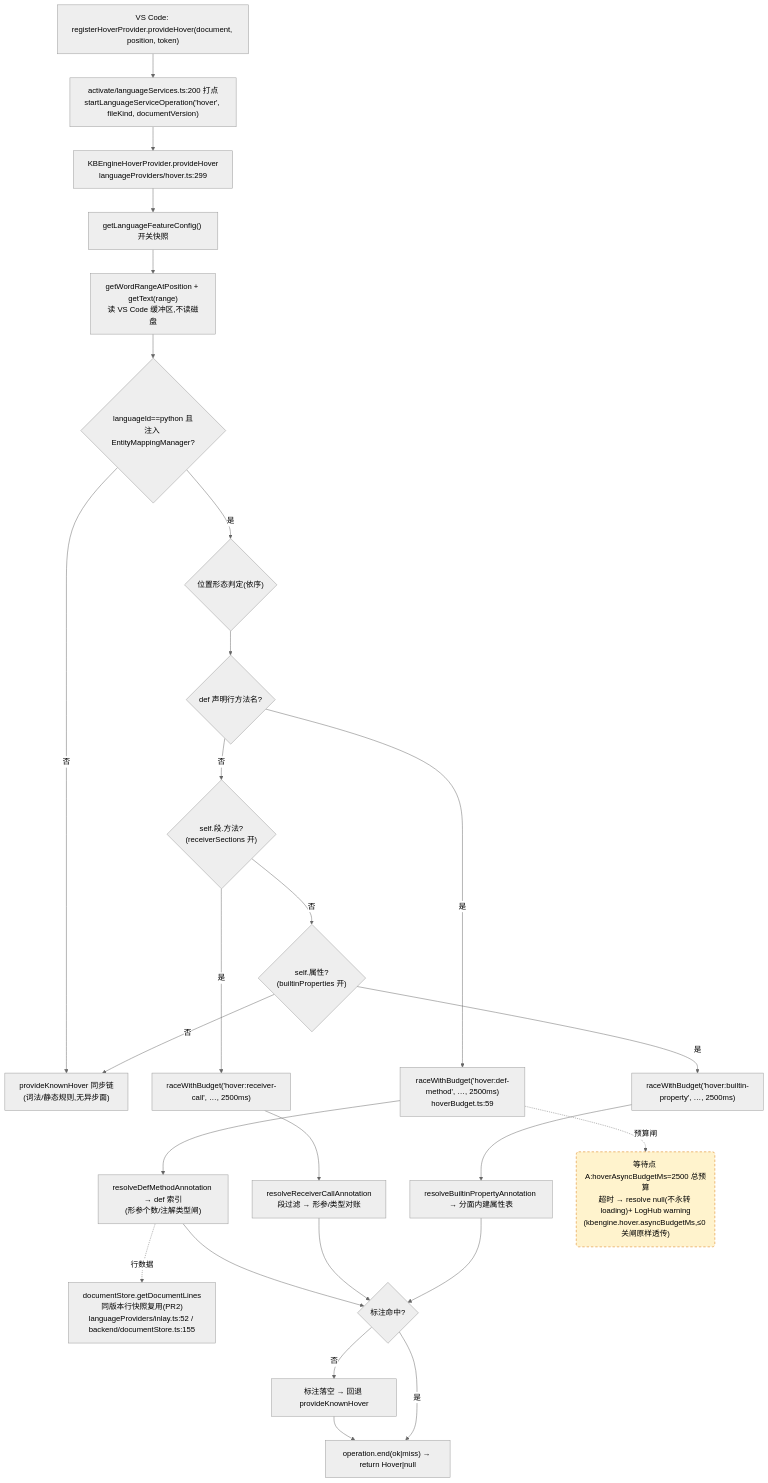
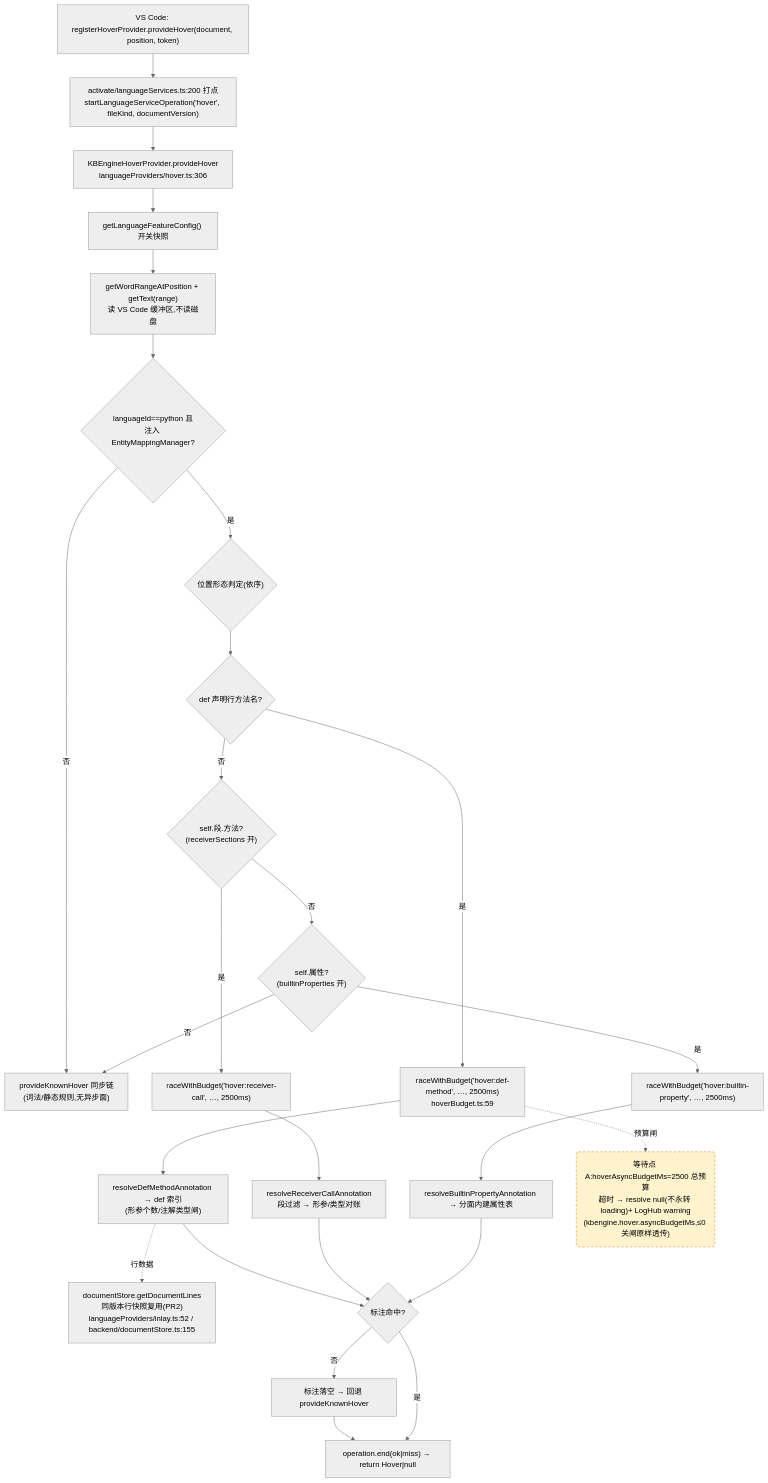
One commit to cuihairu/kode changed the first of 4 diagrams in docs/perf/2026-baseline.md. Above: the diagram before and after it, drawn with Mermaid (neutral theme). The commit also changed other lines of this file and 15 other files, not shown here.

````diff
--- a/docs/perf/2026-baseline.md
+++ b/docs/perf/2026-baseline.md
@@ -84,45 +85,45 @@
 ```mermaid
 flowchart TD
   VC1["VS Code: registerHoverProvider.provideHover(document, position, token)"]
   M1["activate/languageServices.ts:200 打点<br/>startLanguageServiceOperation('hover', fileKind, documentVersion)"]
-  HP["KBEngineHoverProvider.provideHover<br/>languageProviders/hover.ts:299"]
+  HP["KBEngineHoverProvider.provideHover<br/>languageProviders/hover.ts:306"]
   CFG["getLanguageFeatureConfig() 开关快照"]
   WORD["getWordRangeAtPosition + getText(range)<br/>读 VS Code 缓冲区,不读磁盘"]
   BR{"languageId==python 且<br/>注入 EntityMappingManager?"}
   KN["provideKnownHover 同步链<br/>(词法/静态规则,无异步面)"]
   POS{"位置形态判定(依序)"}
   D1{"def 声明行方法名?"}
   D2{"self.段.方法?<br/>(receiverSections 开)"}
   D3{"self.属性?<br/>(builtinProperties 开)"}
   RA1["raceWithBudget('hover:def-method', …, 2500ms)<br/>hoverBudget.ts:59"]
   RA2["raceWithBudget('hover:receiver-call', …, 2500ms)"]
   RA3["raceWithBudget('hover:builtin-property', …, 2500ms)"]
   RS1["resolveDefMethodAnnotation → def 索引<br/>(形参个数/注解类型闸)"]
   RS2["resolveReceiverCallAnnotation<br/>段过滤 → 形参/类型对账"]
   RS3["resolveBuiltinPropertyAnnotation → 分面内建属性表"]
   LINES["documentStore.getDocumentLines<br/>同版本行快照复用(PR2)<br/>languageProviders/inlay.ts:52 / backend/documentStore.ts:155"]
   MISS["标注落空 → 回退 provideKnownHover"]
   END1["operation.end(ok|miss) → return Hover|null"]
 
   VC1 --> M1 --> HP --> CFG --> WORD --> BR
   BR -- "否" --> KN
   BR -- "是" --> POS --> D1
   D1 -- "是" --> RA1 --> RS1
   D1 -- "否" --> D2
   D2 -- "是" --> RA2 --> RS2
   D2 -- "否" --> D3
   D3 -- "是" --> RA3 --> RS3
   D3 -- "否" --> KN
   RS1 --> HIT{"标注命中?"}
   RS2 --> HIT
   RS3 --> HIT
   RS1 -.->|行数据| LINES
   HIT -- "否" --> MISS --> END1
   HIT -- "是" --> END1
 
   WAITA("等待点 A:hoverAsyncBudgetMs=2500 总预算<br/>超时 → resolve null(不永转 loading)+ LogHub warning<br/>(kbengine.hover.asyncBudgetMs,≤0 关闸原样透传)")
   RA1 -.->|预算闸| WAITA
 
   classDef waitPoint fill:#fff3cd,stroke:#d97706,stroke-dasharray:5 4;
   class WAITA waitPoint;
 ```
````
